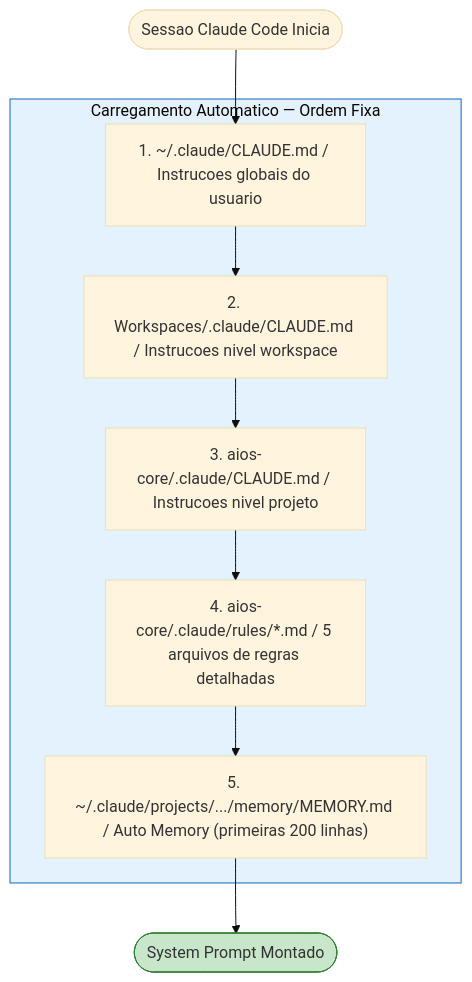
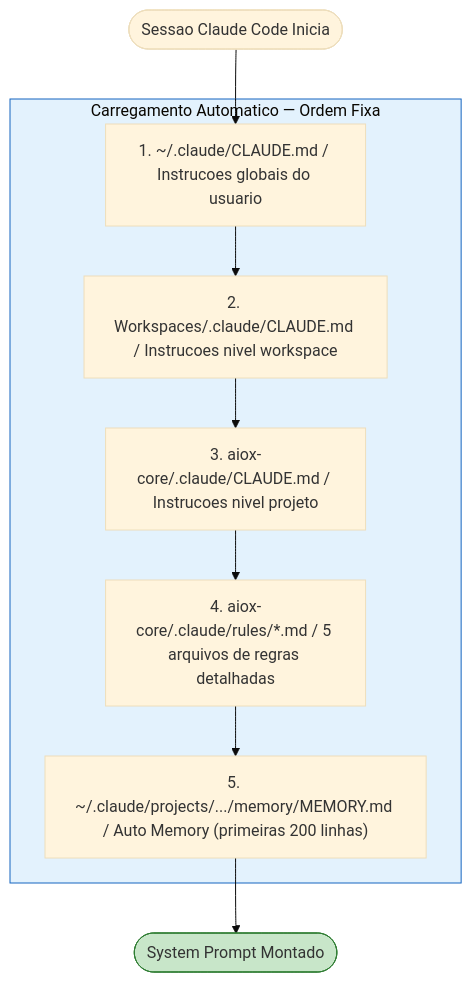
Before and after one commit to bychrisr/aios-docs: the third of 18 diagrams in content/en/docs/guides/MEMORY-SYSTEM.mdx, drawn with Mermaid (base theme). The commit also changed other lines of this file and 564 other files, not shown here.

Commit message:
chore(sync): auto-sync from aios-core 2026-03-05 [skip ci]

````diff
--- a/content/en/docs/guides/MEMORY-SYSTEM.mdx
+++ b/content/en/docs/guides/MEMORY-SYSTEM.mdx
@@ -173,22 +173,22 @@
 ```mermaid
 flowchart TD
     START([Sessao Claude Code Inicia]) --> LOAD_GLOBAL
 
     subgraph LOAD["Carregamento Automatico — Ordem Fixa"]
         LOAD_GLOBAL["1. ~/.claude/CLAUDE.md / Instrucoes globais do usuario"]
         LOAD_WORKSPACE["2. Workspaces/.claude/CLAUDE.md / Instrucoes nivel workspace"]
-        LOAD_PROJECT["3. aios-core/.claude/CLAUDE.md / Instrucoes nivel projeto"]
-        LOAD_RULES["4. aios-core/.claude/rules/*.md / 5 arquivos de regras detalhadas"]
+        LOAD_PROJECT["3. aiox-core/.claude/CLAUDE.md / Instrucoes nivel projeto"]
+        LOAD_RULES["4. aiox-core/.claude/rules/*.md / 5 arquivos de regras detalhadas"]
         LOAD_MEMORY["5. ~/.claude/projects/.../memory/MEMORY.md / Auto Memory (primeiras 200 linhas)"]
     end
 
     LOAD_GLOBAL --> LOAD_WORKSPACE
     LOAD_WORKSPACE --> LOAD_PROJECT
     LOAD_PROJECT --> LOAD_RULES
     LOAD_RULES --> LOAD_MEMORY
 
     LOAD_MEMORY --> READY([System Prompt Montado])
 
     style LOAD fill:#E3F2FD,stroke:#1565C0
     style READY fill:#C8E6C9,stroke:#2E7D32
 ```
````
